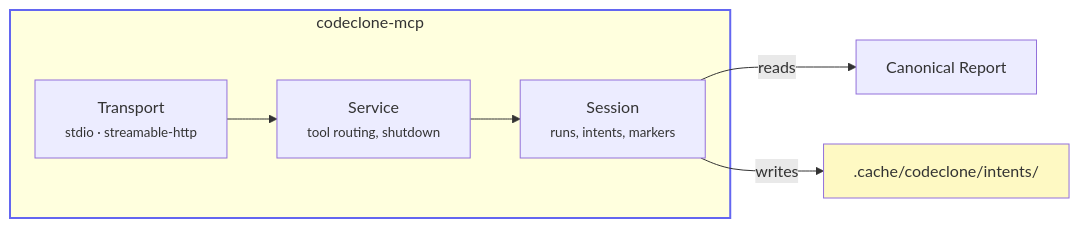
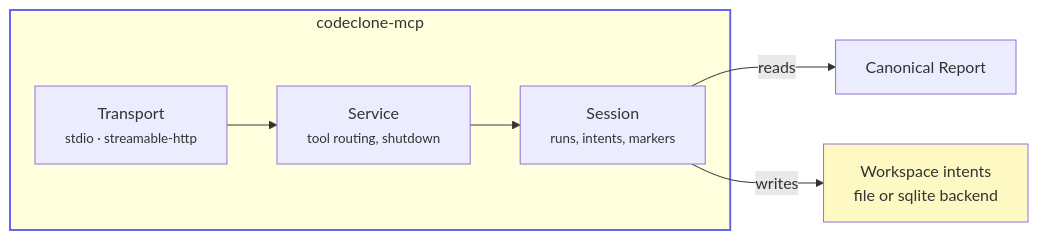
Before and after one commit to orenlab/codeclone: the first of 2 diagrams in docs/book/20-mcp-interface.md, drawn with Mermaid. The commit also changed other lines of this file and 27 other files, not shown here.

First line of the commit message:
feat(mcp): add auditable SQLite workspace intent registry

````diff
--- a/docs/book/20-mcp-interface.md
+++ b/docs/book/20-mcp-interface.md
@@ -32,15 +32,15 @@
 ```mermaid
 graph LR
     subgraph Server["codeclone-mcp"]
         T["Transport<br/><small>stdio · streamable-http</small>"]
         SVC["Service<br/><small>tool routing, shutdown</small>"]
         SESS["Session<br/><small>runs, intents, markers</small>"]
     end
 
     T --> SVC --> SESS
     SESS -->|"reads"| RP["Canonical Report"]
-    SESS -->|"writes"| WIR[".cache/codeclone/intents/"]
+    SESS -->|"writes"| WIR["Workspace intents<br/>file or sqlite backend"]
 
     style Server stroke:#6366f1,stroke-width:2px
     style WIR fill:#fef9c3
 ```
````
